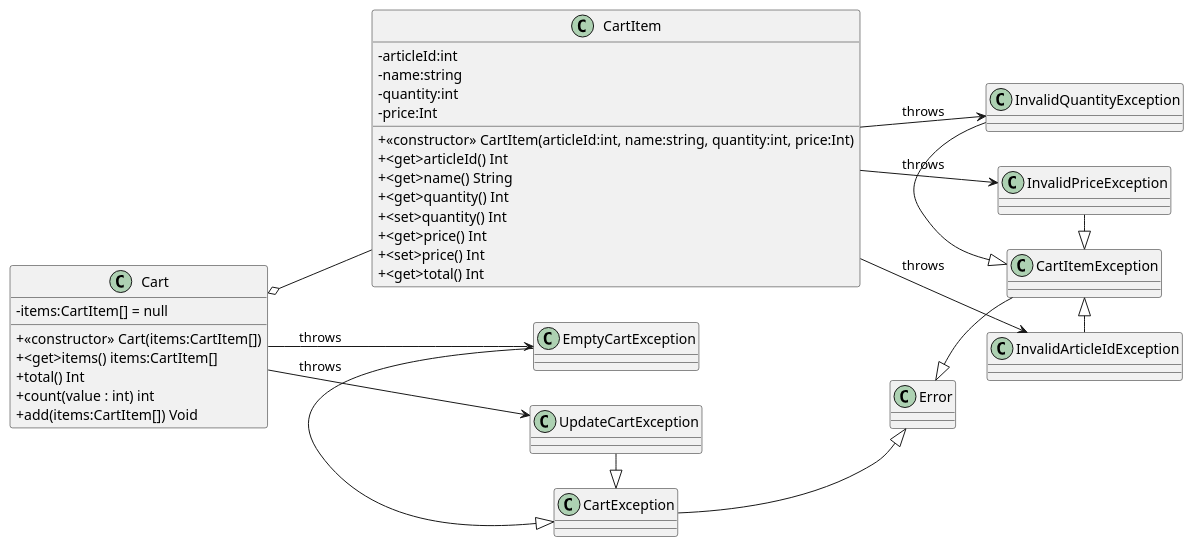
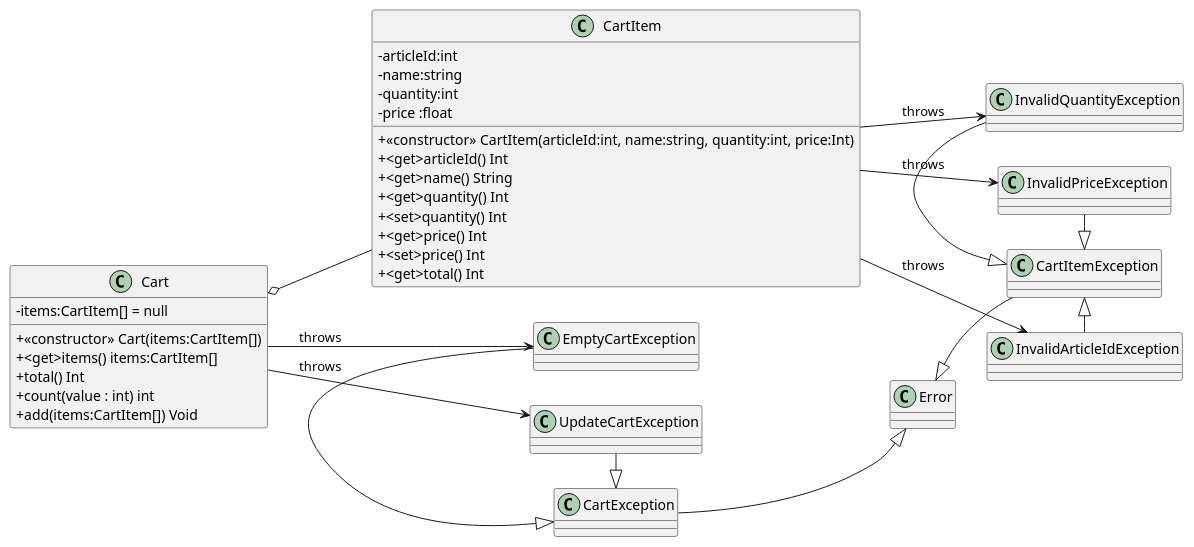
The diagram in docs/class-diagram.puml (T5uy0/Shopping-JulienSchneider), drawn with PlantUML before and after one commit.

Commit message:
docs: update class diagram

```diff
--- a/docs/class-diagram.puml
+++ b/docs/class-diagram.puml
@@ -1,64 +1,64 @@
 @startuml
 
 left to right direction
 skinparam classAttributeIconSize 0
 
 'Classes declaration
 class CartItem {
 
     - articleId:int
     - name:string
     - quantity:int
-    - price:Int
+    - price :float
 
     + <<constructor>> CartItem(articleId:int, name:string, quantity:int, price:Int)
     +<get>articleId() Int
     +<get>name() String
     +<get>quantity() Int
     +<set>quantity() Int
     +<get>price() Int
     +<set>price() Int
     +<get>total() Int
 }
 
 class Cart {
     - items:CartItem[] = null
     + <<constructor>> Cart(items:CartItem[])
     +<get>items() items:CartItem[]
     + total() Int
     + count(value : int) int
     + add(items:CartItem[]) Void
 }
 
 class Error{}
 
 'CartItem
 class CartItemException{}
 class InvalidArticleIdException{}
 class InvalidQuantityException{}
 class InvalidPriceException{}
 
 'Cart
 class CartException{}
 class EmptyCartException{}
 class UpdateCartException{}
 
 'CartItem
 CartItem --> InvalidArticleIdException: throws
 CartItem --> InvalidQuantityException : throws
 CartItem --> InvalidPriceException : throws
 
 Cart o-- CartItem
 Cart --> EmptyCartException : throws
 Cart --> UpdateCartException : throws
 CartException -|> Error
 EmptyCartException -|> CartException
 UpdateCartException -|> CartException
 
 
 Error <|- CartItemException
 InvalidPriceException -|> CartItemException
 InvalidQuantityException -|> CartItemException
 CartItemException <|- InvalidArticleIdException
 
 @enduml
```
